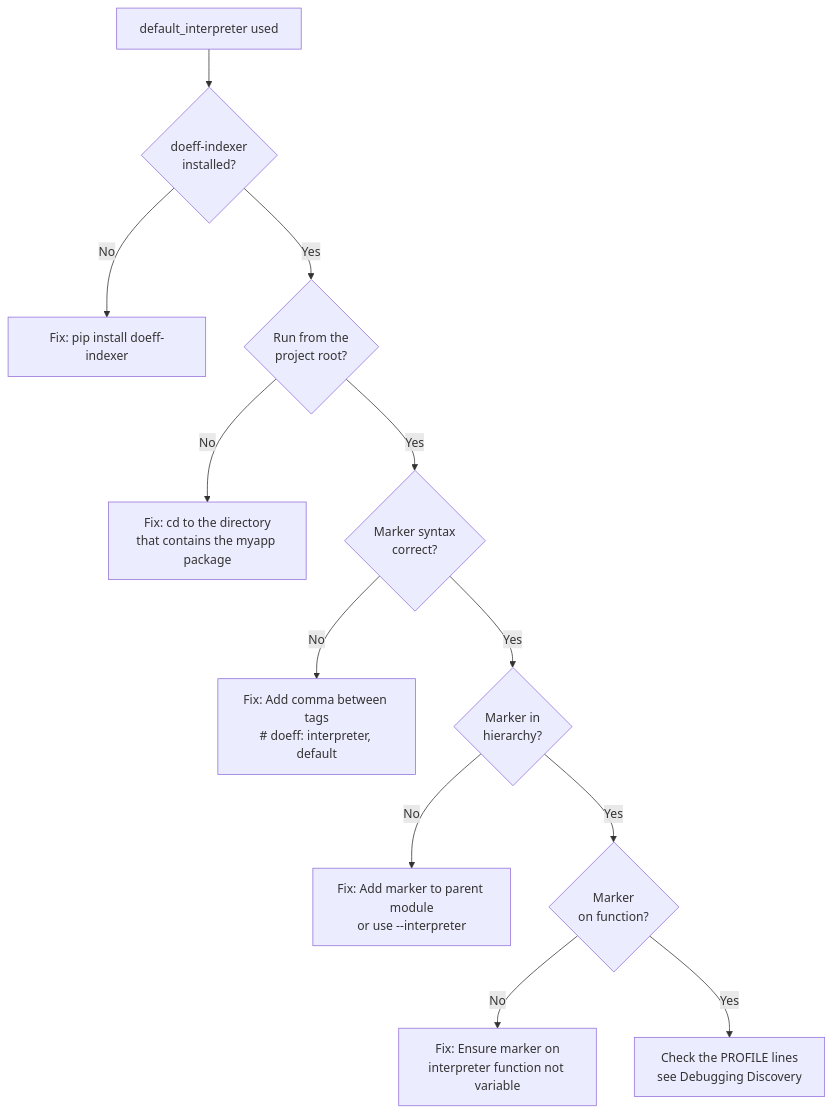
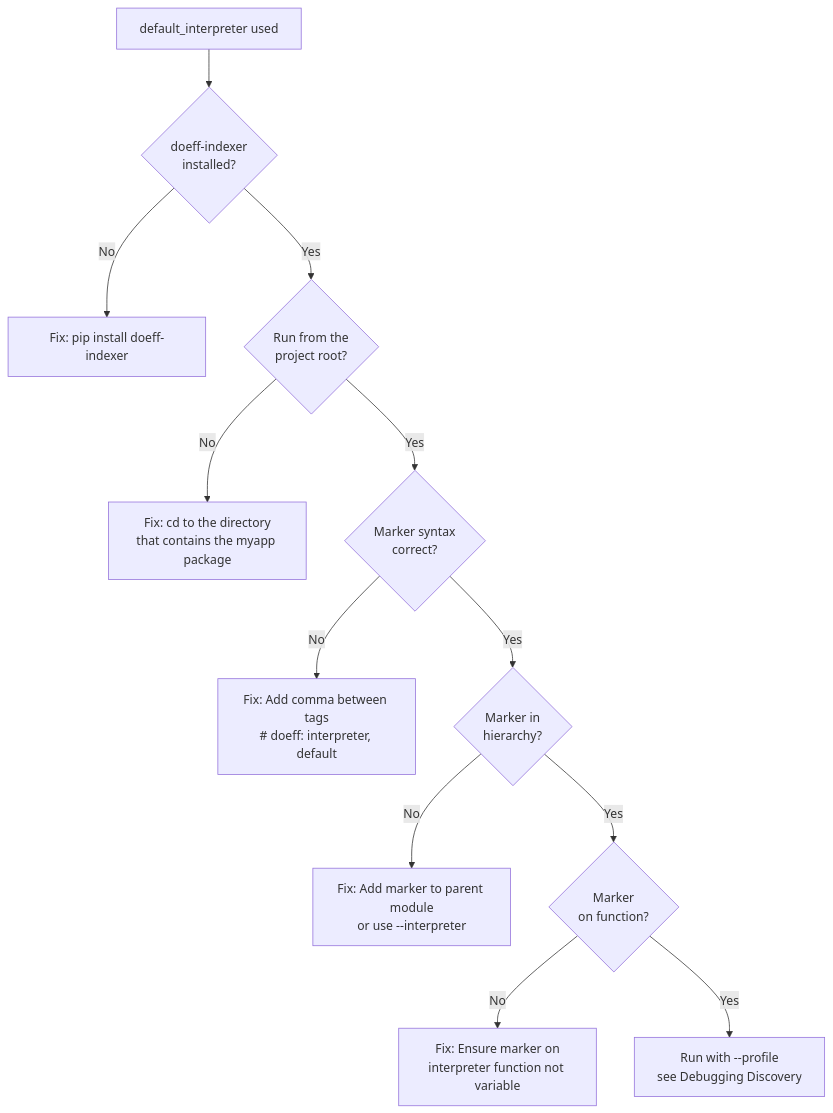
The sixth of 6 diagrams in docs/14-cli-auto-discovery.md (proboscis/doeff), drawn with Mermaid before and after one commit. The commit also changed other lines of this file and 9 other files, not shown here.

First line of the commit message:
doeff run の計測の行([DOEFF][PROFILE])を既定で出さず、--profile か DOEFF_PROFILE=1 の時だけ出す

````diff
--- a/docs/14-cli-auto-discovery.md
+++ b/docs/14-cli-auto-discovery.md
@@ -824,14 +824,14 @@
 ```mermaid
 graph TD
     A[default_interpreter used] --> F{doeff-indexer<br/>installed?}
     F -->|No| G[Fix: pip install doeff-indexer]
     F -->|Yes| R{Run from the<br/>project root?}
     R -->|No| S[Fix: cd to the directory<br/>that contains the myapp package]
     R -->|Yes| B{Marker syntax<br/>correct?}
     B -->|No| C[Fix: Add comma between tags<br/># doeff: interpreter, default]
     B -->|Yes| D{Marker in<br/>hierarchy?}
     D -->|No| E[Fix: Add marker to parent module<br/>or use --interpreter]
     D -->|Yes| H{Marker<br/>on function?}
     H -->|No| I[Fix: Ensure marker on<br/>interpreter function not variable]
-    H -->|Yes| J[Check the PROFILE lines<br/>see Debugging Discovery]
+    H -->|Yes| J[Run with --profile<br/>see Debugging Discovery]
 ```
````
